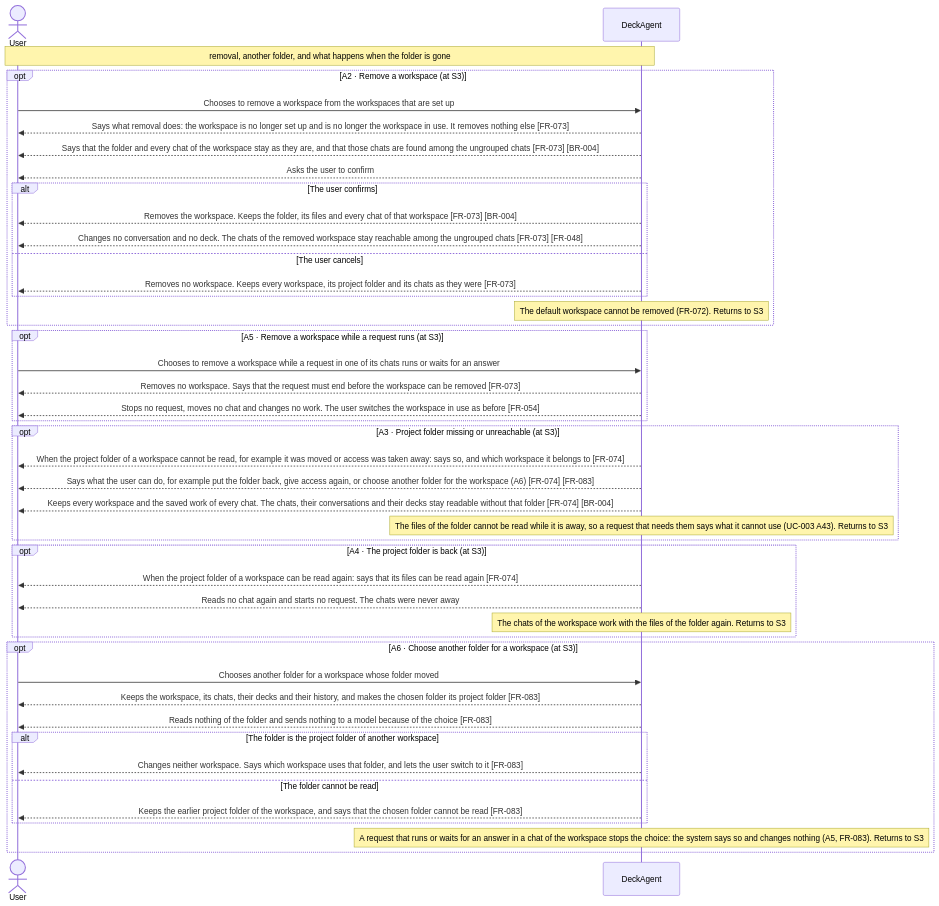
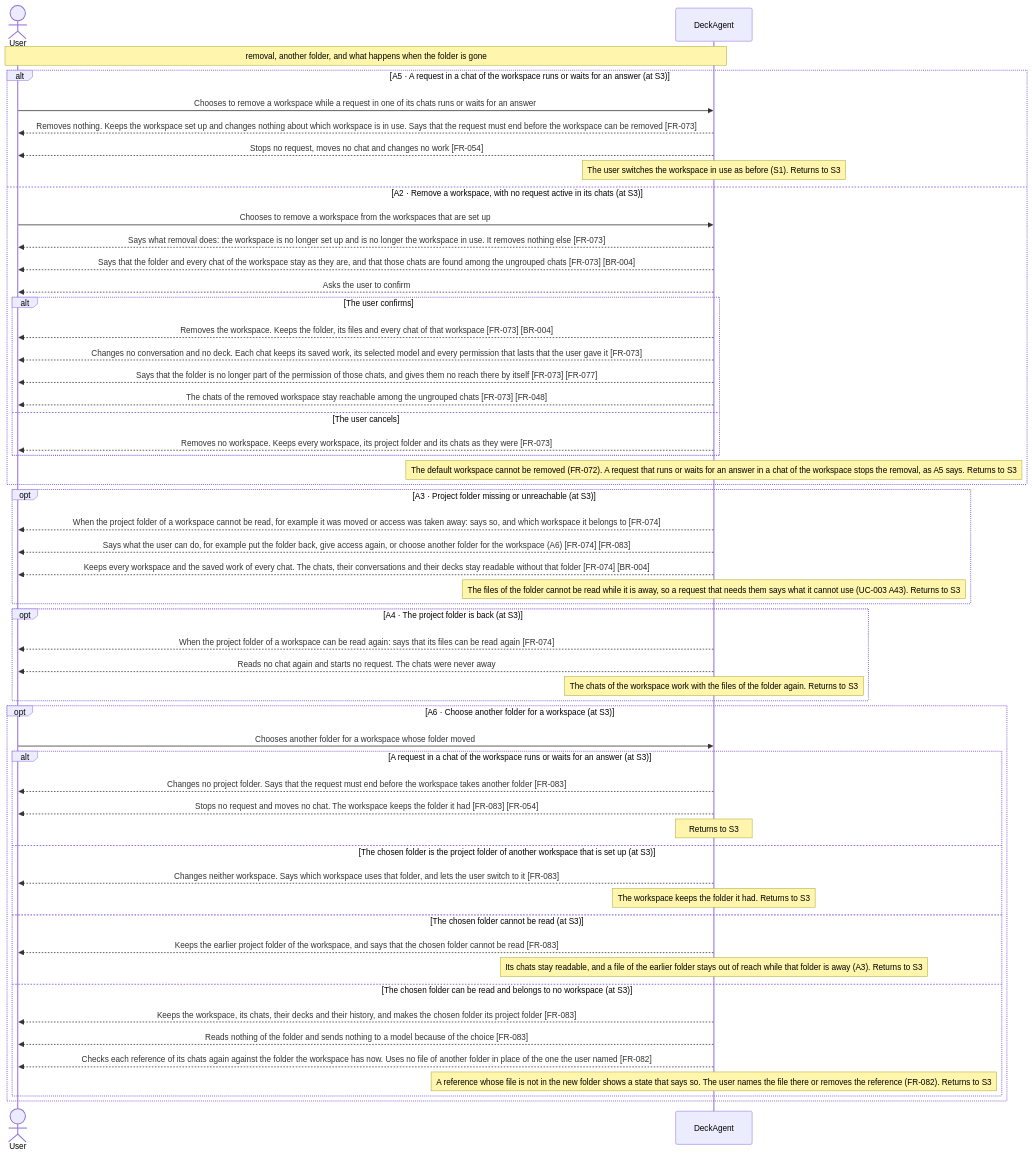
The second of 2 diagrams in docs/spec/03-use-cases/UC-013.md (Luke23127006/DeckAgent), drawn with Mermaid before and after one commit. The commit also changed other lines of this file and 13 other files, not shown here.

First line of the commit message:
docs(spec): fix removal, re-link, ungrouped-chat, save and export inconsistencies

````diff
--- a/docs/spec/03-use-cases/UC-013.md
+++ b/docs/spec/03-use-cases/UC-013.md
@@ -71,46 +72,56 @@
 ```mermaid
 sequenceDiagram
     actor User
     participant DeckAgent
     Note over User,DeckAgent: removal, another folder, and what happens when the folder is gone
-    opt A2 · Remove a workspace (at S3)
+    alt A5 · A request in a chat of the workspace runs or waits for an answer (at S3)
+        User->>DeckAgent: Chooses to remove a workspace while a request in one of its chats runs or waits for an answer
+        DeckAgent-->>User: Removes nothing. Keeps the workspace set up and changes nothing about which workspace is in use. Says that the request must end before the workspace can be removed [FR-073]
+        DeckAgent-->>User: Stops no request, moves no chat and changes no work [FR-054]
+        note over DeckAgent: The user switches the workspace in use as before (S1). Returns to S3
+    else A2 · Remove a workspace, with no request active in its chats (at S3)
         User->>DeckAgent: Chooses to remove a workspace from the workspaces that are set up
         DeckAgent-->>User: Says what removal does: the workspace is no longer set up and is no longer the workspace in use. It removes nothing else [FR-073]
         DeckAgent-->>User: Says that the folder and every chat of the workspace stay as they are, and that those chats are found among the ungrouped chats [FR-073] [BR-004]
         DeckAgent-->>User: Asks the user to confirm
         alt The user confirms
             DeckAgent-->>User: Removes the workspace. Keeps the folder, its files and every chat of that workspace [FR-073] [BR-004]
-            DeckAgent-->>User: Changes no conversation and no deck. The chats of the removed workspace stay reachable among the ungrouped chats [FR-073] [FR-048]
+            DeckAgent-->>User: Changes no conversation and no deck. Each chat keeps its saved work, its selected model and every permission that lasts that the user gave it [FR-073]
+            DeckAgent-->>User: Says that the folder is no longer part of the permission of those chats, and gives them no reach there by itself [FR-073] [FR-077]
+            DeckAgent-->>User: The chats of the removed workspace stay reachable among the ungrouped chats [FR-073] [FR-048]
         else The user cancels
             DeckAgent-->>User: Removes no workspace. Keeps every workspace, its project folder and its chats as they were [FR-073]
         end
-        note over DeckAgent: The default workspace cannot be removed (FR-072). Returns to S3
-    end
-    opt A5 · Remove a workspace while a request runs (at S3)
-        User->>DeckAgent: Chooses to remove a workspace while a request in one of its chats runs or waits for an answer
-        DeckAgent-->>User: Removes no workspace. Says that the request must end before the workspace can be removed [FR-073]
-        DeckAgent-->>User: Stops no request, moves no chat and changes no work. The user switches the workspace in use as before [FR-054]
+        note over DeckAgent: The default workspace cannot be removed (FR-072). A request that runs or waits for an answer in a chat of the workspace stops the removal, as A5 says. Returns to S3
     end
     opt A3 · Project folder missing or unreachable (at S3)
         DeckAgent-->>User: When the project folder of a workspace cannot be read, for example it was moved or access was taken away: says so, and which workspace it belongs to [FR-074]
         DeckAgent-->>User: Says what the user can do, for example put the folder back, give access again, or choose another folder for the workspace (A6) [FR-074] [FR-083]
         DeckAgent-->>User: Keeps every workspace and the saved work of every chat. The chats, their conversations and their decks stay readable without that folder [FR-074] [BR-004]
         note over DeckAgent: The files of the folder cannot be read while it is away, so a request that needs them says what it cannot use (UC-003 A43). Returns to S3
     end
     opt A4 · The project folder is back (at S3)
         DeckAgent-->>User: When the project folder of a workspace can be read again: says that its files can be read again [FR-074]
         DeckAgent-->>User: Reads no chat again and starts no request. The chats were never away
         note over DeckAgent: The chats of the workspace work with the files of the folder again. Returns to S3
     end
     opt A6 · Choose another folder for a workspace (at S3)
         User->>DeckAgent: Chooses another folder for a workspace whose folder moved
-        DeckAgent-->>User: Keeps the workspace, its chats, their decks and their history, and makes the chosen folder its project folder [FR-083]
-        DeckAgent-->>User: Reads nothing of the folder and sends nothing to a model because of the choice [FR-083]
-        alt The folder is the project folder of another workspace
+        alt A request in a chat of the workspace runs or waits for an answer (at S3)
+            DeckAgent-->>User: Changes no project folder. Says that the request must end before the workspace takes another folder [FR-083]
+            DeckAgent-->>User: Stops no request and moves no chat. The workspace keeps the folder it had [FR-083] [FR-054]
+            note over DeckAgent: Returns to S3
+        else The chosen folder is the project folder of another workspace that is set up (at S3)
             DeckAgent-->>User: Changes neither workspace. Says which workspace uses that folder, and lets the user switch to it [FR-083]
-        else The folder cannot be read
+            note over DeckAgent: The workspace keeps the folder it had. Returns to S3
+        else The chosen folder cannot be read (at S3)
             DeckAgent-->>User: Keeps the earlier project folder of the workspace, and says that the chosen folder cannot be read [FR-083]
+            note over DeckAgent: Its chats stay readable, and a file of the earlier folder stays out of reach while that folder is away (A3). Returns to S3
+        else The chosen folder can be read and belongs to no workspace (at S3)
+            DeckAgent-->>User: Keeps the workspace, its chats, their decks and their history, and makes the chosen folder its project folder [FR-083]
+            DeckAgent-->>User: Reads nothing of the folder and sends nothing to a model because of the choice [FR-083]
+            DeckAgent-->>User: Checks each reference of its chats again against the folder the workspace has now. Uses no file of another folder in place of the one the user named [FR-082]
+            note over DeckAgent: A reference whose file is not in the new folder shows a state that says so. The user names the file there or removes the reference (FR-082). Returns to S3
         end
-        note over DeckAgent: A request that runs or waits for an answer in a chat of the workspace stops the choice: the system says so and changes nothing (A5, FR-083). Returns to S3
     end
 ```
````
